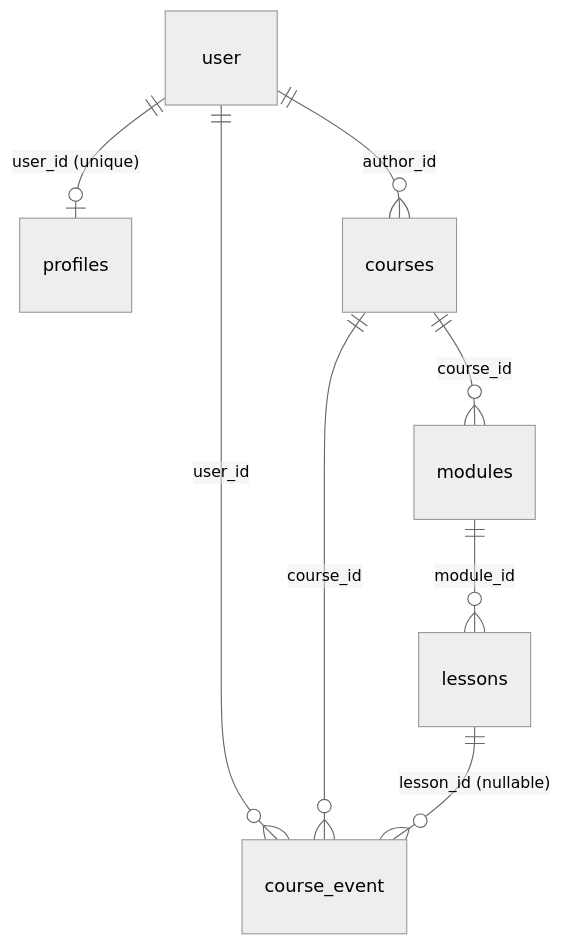
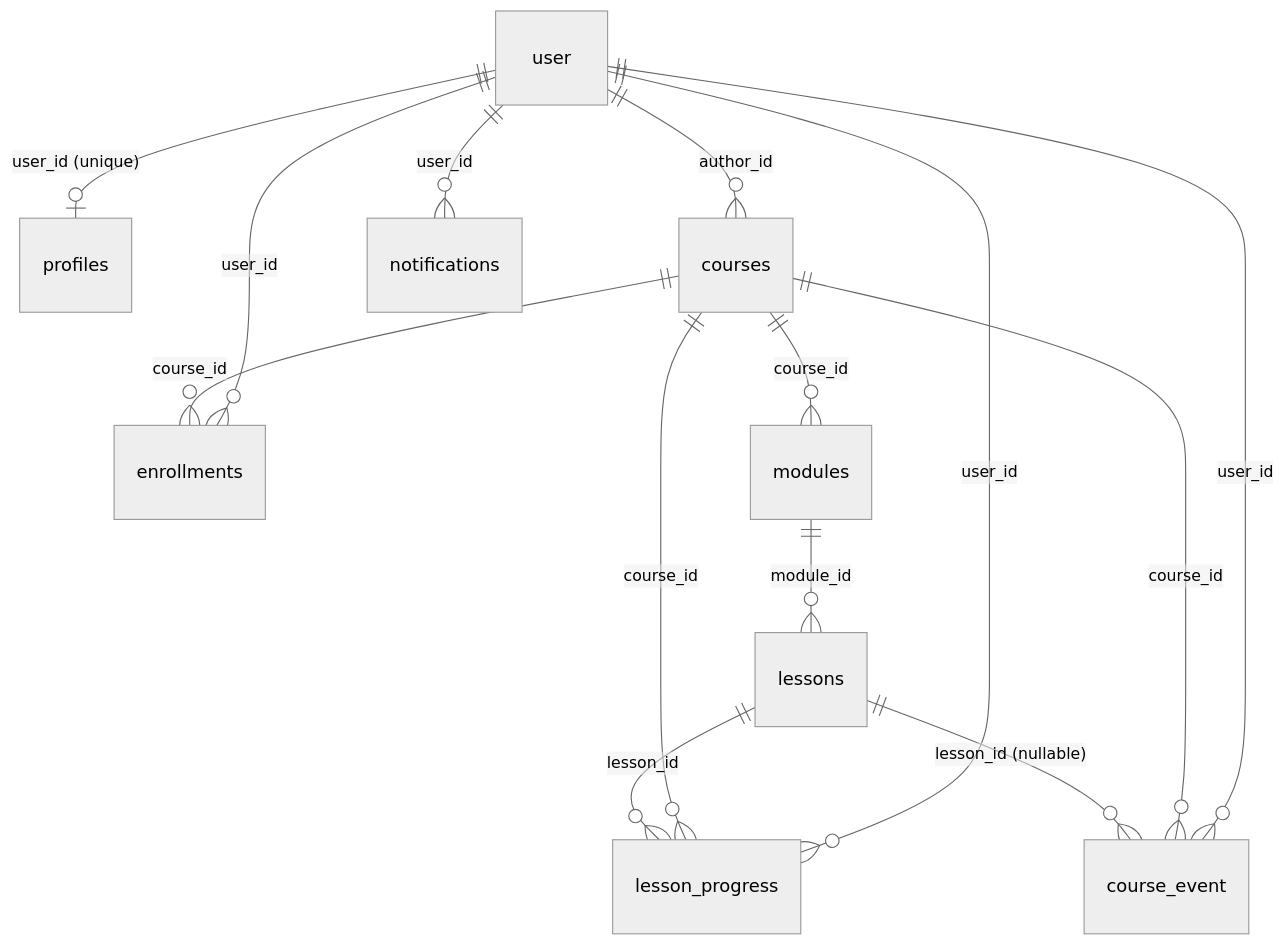
One commit to paramcodes/lagan changed the diagram in docs/data-model.md. Above: the diagram before and after it, drawn with Mermaid (neutral theme). The commit also changed other lines of this file, not shown here.

````diff
--- a/docs/data-model.md
+++ b/docs/data-model.md
@@ -19,10 +22,16 @@
 ```mermaid
 erDiagram
   user ||--o| profiles : "user_id (unique)"
   user ||--o{ courses : "author_id"
+  user ||--o{ enrollments : "user_id"
+  user ||--o{ lesson_progress : "user_id"
+  user ||--o{ notifications : "user_id"
   user ||--o{ course_event : "user_id"
   courses ||--o{ modules : "course_id"
+  courses ||--o{ enrollments : "course_id"
+  courses ||--o{ lesson_progress : "course_id"
   courses ||--o{ course_event : "course_id"
   modules ||--o{ lessons : "module_id"
+  lessons ||--o{ lesson_progress : "lesson_id"
   lessons ||--o{ course_event : "lesson_id (nullable)"
 ```
````
